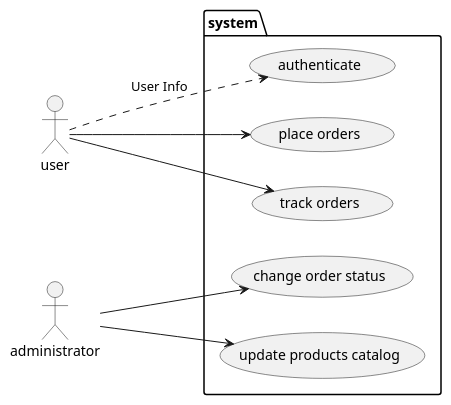
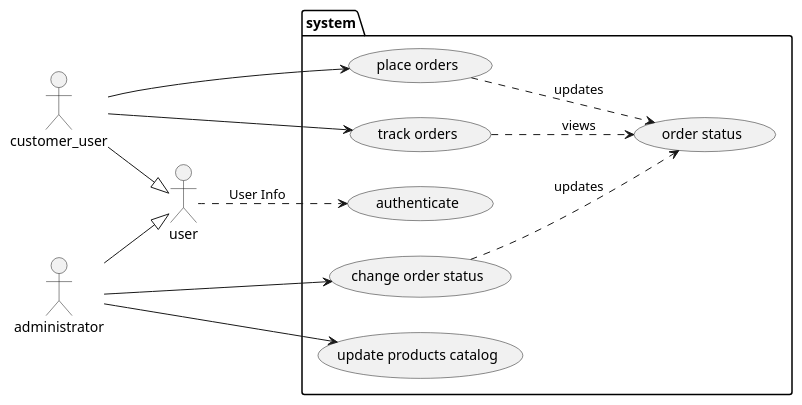
One commit to Kylertk21/SolSystems changed the diagram in uml/use_case.wsd. Above: the diagram before and after it, drawn with PlantUML.

Commit message:
further changes to use_case.wsd

```diff
--- a/uml/use_case.wsd
+++ b/uml/use_case.wsd
@@ -1,22 +1,30 @@
-@startuml 
+@startuml Use_Case
 
 left to right direction
 
+:customer_user:
 :user:
 :administrator:
 package system{
     (authenticate)
     (place orders)
     (track orders)
     (change order status)
     (update products catalog)
+    (order status)
 }
 :user: ..> (authenticate) : User Info
-:user: --> (place orders)
-:user: --> (track orders)
+:customer_user: --|> :user:
+:customer_user: --> (place orders)
+:customer_user: --> (track orders)
 
 :administrator: --> (change order status)
 :administrator: --> (update products catalog)
+:administrator: --|> :user:
+(change order status) ..> (order status) : updates
+(place orders) ..> (order status) : updates
+(track orders) ..> (order status) : views
+
 
 
 @enduml
```
